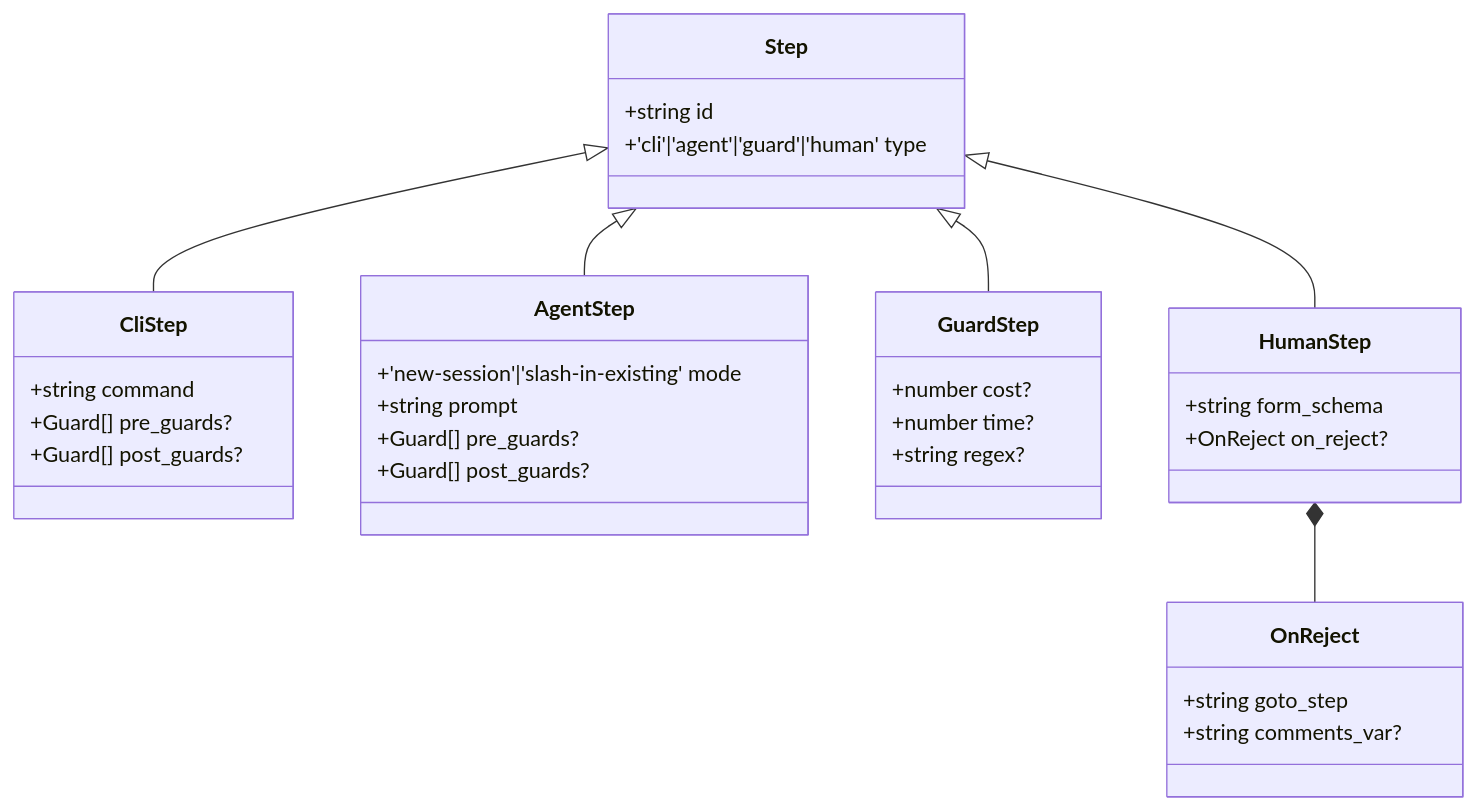
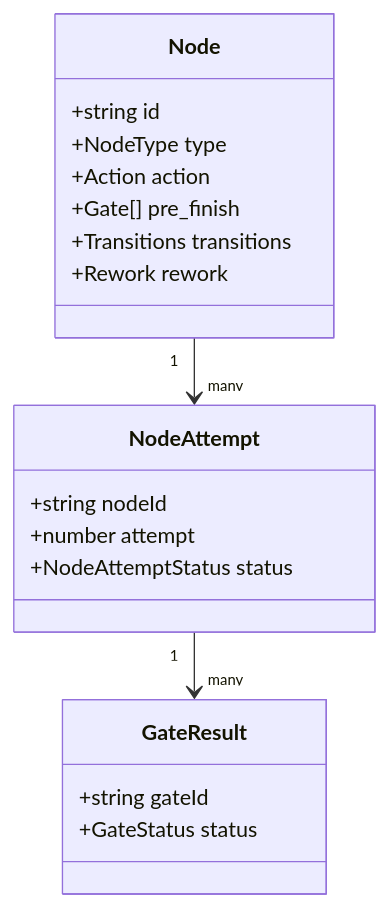
The first of 5 diagrams in docs/system-analytics/flows.md (maister-dev/maister), drawn with Mermaid before and after one commit. The commit also changed other lines of this file and 55 other files, not shown here.

````diff
--- a/docs/system-analytics/flows.md
+++ b/docs/system-analytics/flows.md
@@ -44,36 +44,22 @@
 ```mermaid
 classDiagram
-    class Step {
+    class Node {
         +string id
-        +'cli'|'agent'|'guard'|'human' type
+        +NodeType type
+        +Action action
+        +Gate[] pre_finish
+        +Transitions transitions
+        +Rework rework
     }
-    class CliStep {
-        +string command
-        +Guard[] pre_guards?
-        +Guard[] post_guards?
+    class NodeAttempt {
+        +string nodeId
+        +number attempt
+        +NodeAttemptStatus status
     }
-    class AgentStep {
-        +'new-session'|'slash-in-existing' mode
-        +string prompt
-        +Guard[] pre_guards?
-        +Guard[] post_guards?
+    class GateResult {
+        +string gateId
+        +GateStatus status
     }
-    class GuardStep {
-        +number cost?
-        +number time?
-        +string regex?
-    }
-    class HumanStep {
-        +string form_schema
-        +OnReject on_reject?
-    }
-    class OnReject {
-        +string goto_step
-        +string comments_var?
-    }
-    Step <|-- CliStep
-    Step <|-- AgentStep
-    Step <|-- GuardStep
-    Step <|-- HumanStep
-    HumanStep *-- OnReject
+    Node "1" --> "many" NodeAttempt
+    NodeAttempt "1" --> "many" GateResult
 ```
````
